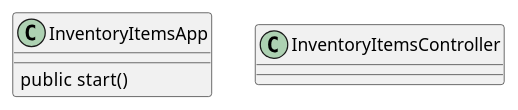
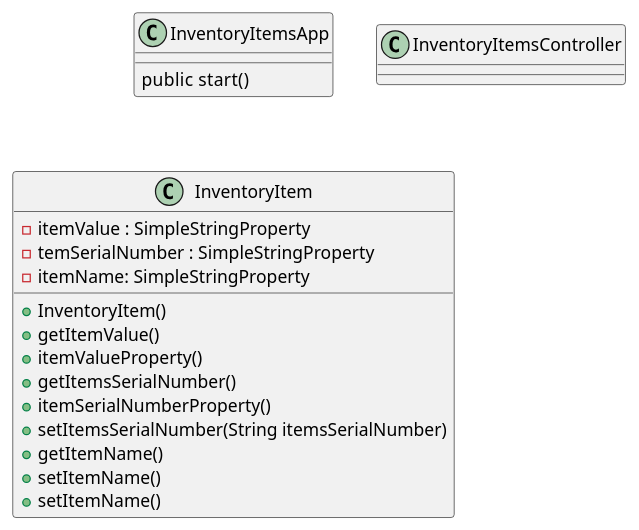
Before and after one commit to Asad006/Ma5: the diagram in UML/Diagrame.puml, drawn with PlantUML. The commit also changed 2 other files, not shown here.

Commit message:
Initial +uml

```diff
--- a/UML/Diagrame.puml
+++ b/UML/Diagrame.puml
@@ -1,9 +1,23 @@
 @startuml
 
 class InventoryItemsApp  {
     public  start()
     }
 class InventoryItemsController {
 
 }
+class InventoryItem{
+    - itemValue : SimpleStringProperty
+    - temSerialNumber : SimpleStringProperty
+    - itemName: SimpleStringProperty
+    + InventoryItem()
+    + getItemValue()
+    + itemValueProperty()
+    + getItemsSerialNumber()
+    + itemSerialNumberProperty()
+    + setItemsSerialNumber(String itemsSerialNumber)
+    + getItemName()
+    + setItemName()
+    + setItemName()
+}
 @enduml
```
